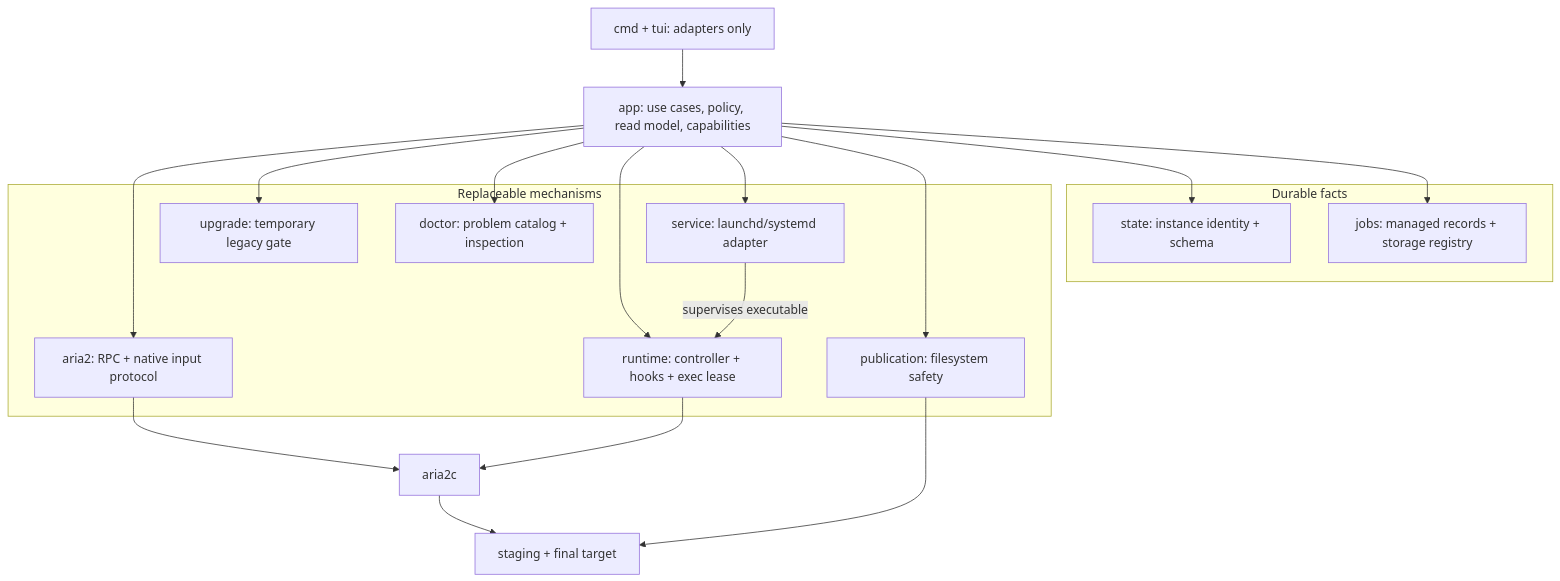
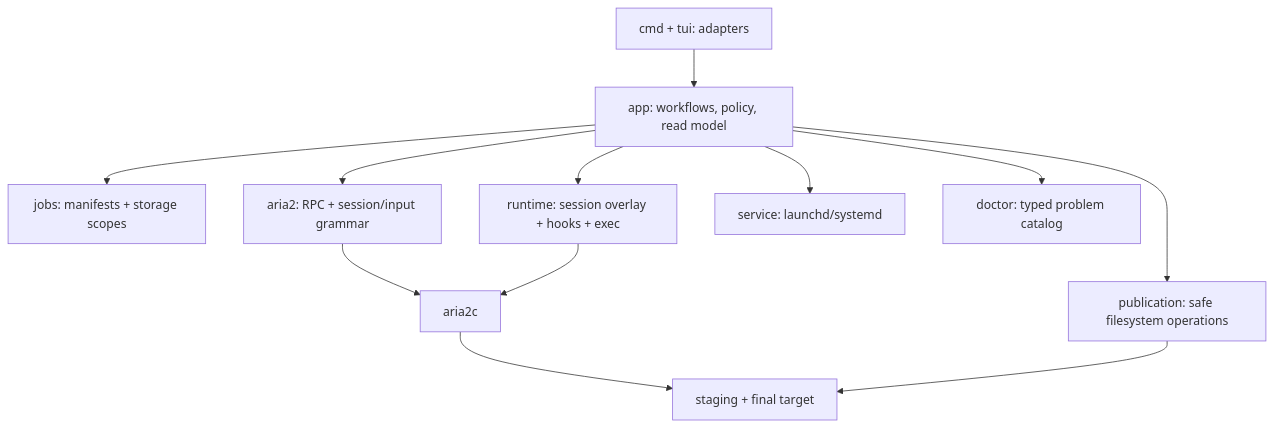
Before and after one commit to amio/aria2s: the diagram in docs/reliable-managed-download-lifecycle.md, drawn with Mermaid. The commit also changed other lines of this file, not shown here.

First line of the commit message:
docs(lifecycle): simplify managed download lifecycle design

````diff
--- a/docs/reliable-managed-download-lifecycle.md
+++ b/docs/reliable-managed-download-lifecycle.md
@@ -324,37 +231,14 @@
 ```mermaid
 flowchart TB
-    ADAPTERS["cmd + tui: adapters only"]
-    APP["app: use cases, policy, read model, capabilities"]
-
-    subgraph DURABLE["Durable facts"]
-        STATE["state: instance identity + schema"]
-        JOBS["jobs: managed records + storage registry"]
-    end
-
-    subgraph MECHANISMS["Replaceable mechanisms"]
-        A2API["aria2: RPC + native input protocol"]
-        PUB["publication: filesystem safety"]
-        RUNTIME["runtime: controller + hooks + exec lease"]
-        SERVICE["service: launchd/systemd adapter"]
-        UPGRADE["upgrade: temporary legacy gate"]
-        DOCTOR["doctor: problem catalog + inspection"]
-    end
-
-    A2["aria2c"]
-    STORAGE["staging + final target"]
-
-    ADAPTERS --> APP
-    APP --> STATE
-    APP --> JOBS
-    APP --> A2API
-    APP --> PUB
-    APP --> RUNTIME
-    APP --> SERVICE
-    APP --> UPGRADE
-    APP --> DOCTOR
-    A2API --> A2
-    RUNTIME --> A2
-    SERVICE -->|"supervises executable"| RUNTIME
-    A2 --> STORAGE
+    CLI["cmd + tui: adapters"] --> APP["app: workflows, policy, read model"]
+    APP --> JOBS["jobs: manifests + storage scopes"]
+    APP --> A2["aria2: RPC + session/input grammar"]
+    APP --> PUB["publication: safe filesystem operations"]
+    APP --> RUNTIME["runtime: session overlay + hooks + exec"]
+    APP --> SERVICE["service: launchd/systemd"]
+    APP --> DOCTOR["doctor: typed problem catalog"]
+    A2 --> ARIA2C["aria2c"]
+    RUNTIME --> ARIA2C
+    ARIA2C --> STORAGE["staging + final target"]
     PUB --> STORAGE
 ```
````
